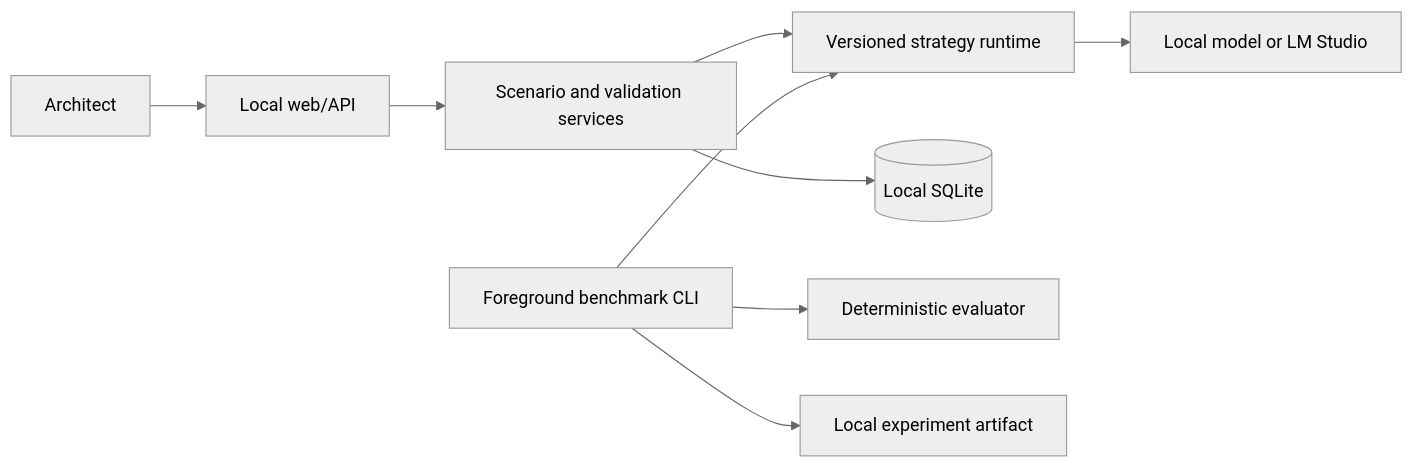
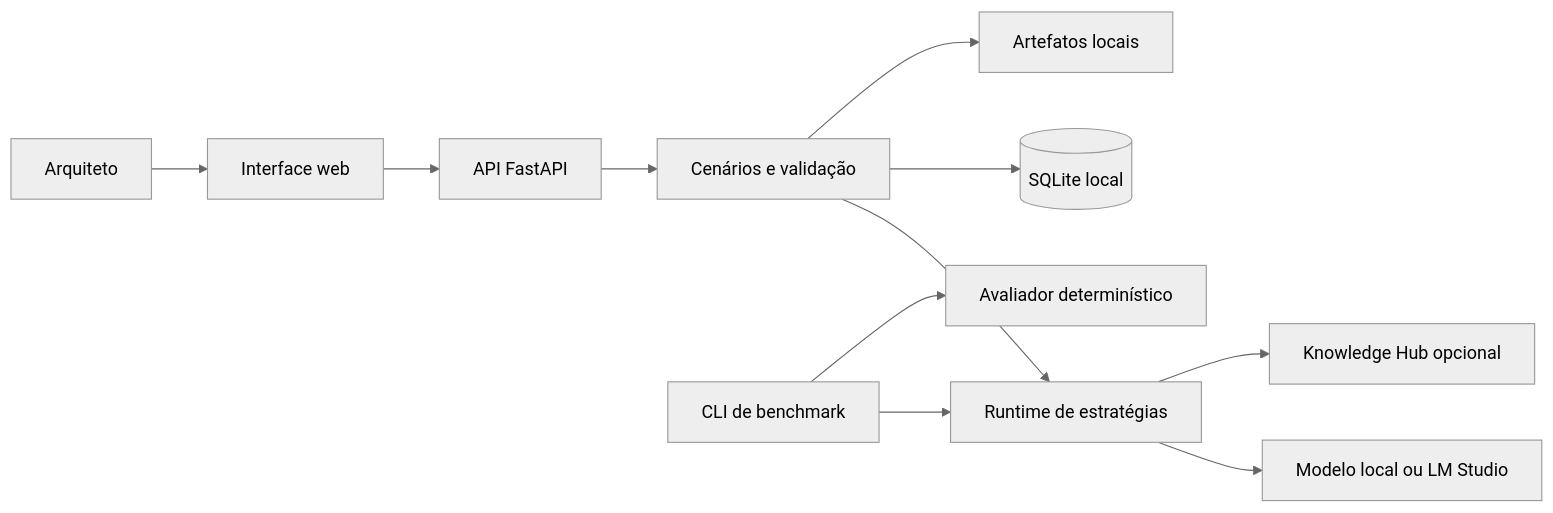
One commit to MarceloSoiber/adr-forge changed the diagram in README.md. Above: the diagram before and after it, drawn with Mermaid (neutral theme). The commit also changed other lines of this file and 14 other files, not shown here.

````diff
--- a/README.md
+++ b/README.md
@@ -63,11 +73,13 @@
 ```mermaid
 flowchart LR
-  U[Architect] --> W[Local web/API]
-  W --> S[Scenario and validation services]
-  S --> R[Versioned strategy runtime]
-  R --> L[Local model or LM Studio]
-  S --> D[(Local SQLite)]
-  B[Foreground benchmark CLI] --> R
-  B --> E[Deterministic evaluator]
-  B --> A[Local experiment artifact]
+  U[Arquiteto] --> W[Interface web]
+  W --> API[API FastAPI]
+  API --> S[Cenários e validação]
+  S --> R[Runtime de estratégias]
+  R --> L[Modelo local ou LM Studio]
+  R --> K[Knowledge Hub opcional]
+  S --> D[(SQLite local)]
+  S --> A[Artefatos locais]
+  B[CLI de benchmark] --> R
+  B --> E[Avaliador determinístico]
 ```
````
